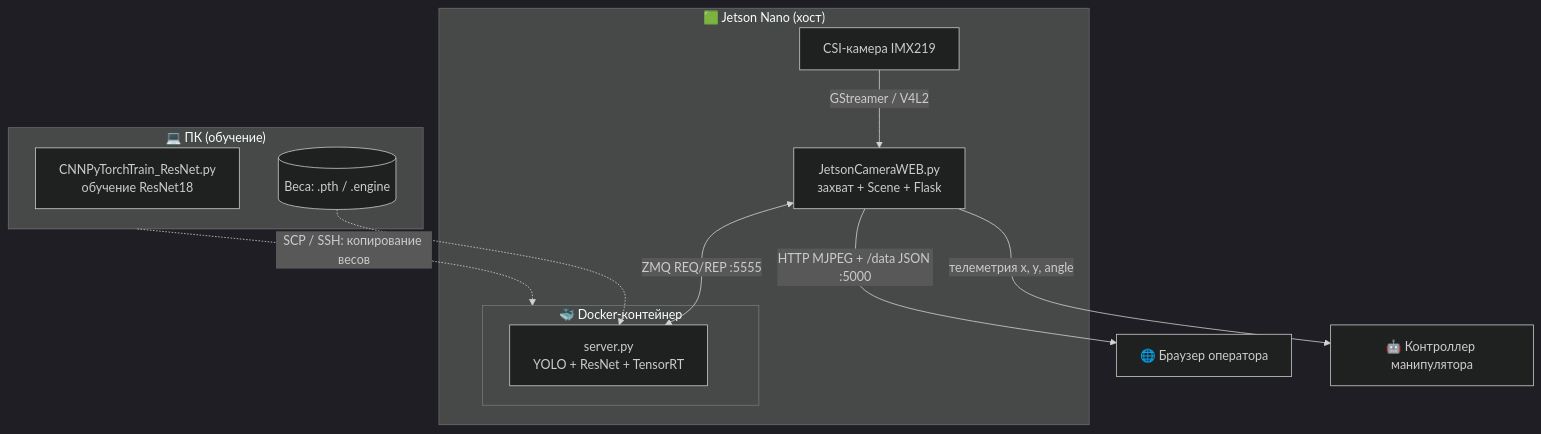
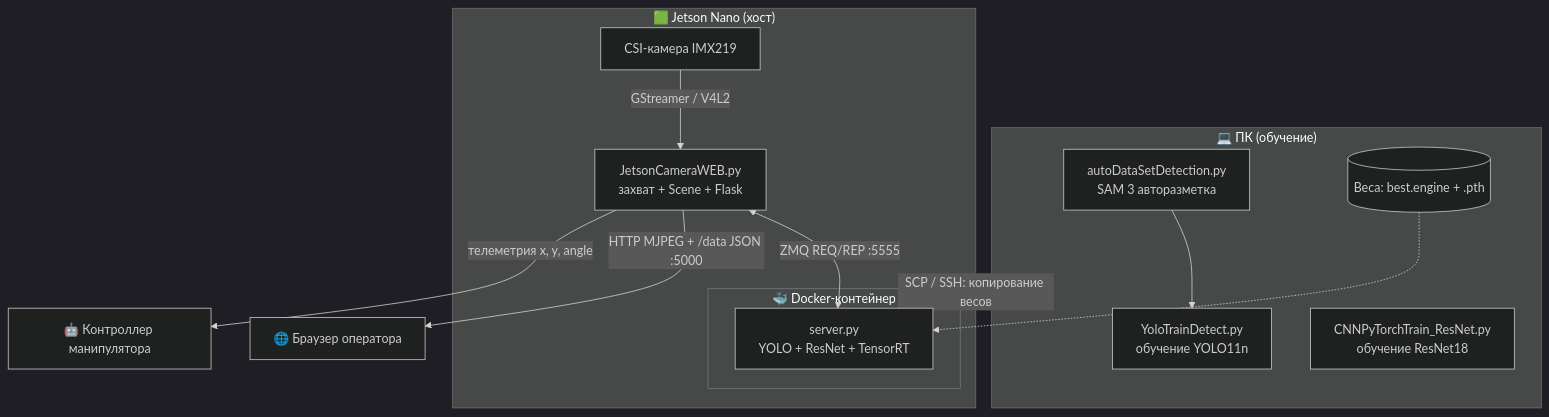
One commit to Pazlik19/YoloVision changed the tenth of 11 diagrams in docs/diagrams.md. Above: the diagram before and after it, drawn with Mermaid (dark theme). The commit also changed other lines of this file and 1 other file, not shown here.

First line of the commit message:
docs: добавлен пайплайн обучения YOLO-детектора в диаграммы

````diff
--- a/docs/diagrams.md
+++ b/docs/diagrams.md
@@ -292,25 +318,28 @@
 ```mermaid
 flowchart TB
     subgraph PC["💻 ПК (обучение)"]
-        TRAINNODE[CNNPyTorchTrain_ResNet.py<br/>обучение ResNet18]
-        WEIGHTS[(Веса: .pth / .engine)]
+        SAMNODE[autoDataSetDetection.py<br/>SAM 3 авторазметка]
+        YOLOTRAIN[YoloTrainDetect.py<br/>обучение YOLO11n]
+        RESTRAIN[CNNPyTorchTrain_ResNet.py<br/>обучение ResNet18]
+        WEIGHTS[(Веса: best.engine + .pth)]
     end
 
     subgraph JETSON["🟩 Jetson Nano (хост)"]
         CAMNODE[CSI-камера IMX219]
         CLIENTNODE[JetsonCameraWEB.py<br/>захват + Scene + Flask]
         subgraph DOCKER["🐳 Docker-контейнер"]
             SERVERNODE[server.py<br/>YOLO + ResNet + TensorRT]
         end
     end
 
     BROWSER[🌐 Браузер оператора]
     ROBOTNODE[🤖 Контроллер манипулятора]
 
+    SAMNODE --> YOLOTRAIN
     CAMNODE -->|GStreamer / V4L2| CLIENTNODE
     CLIENTNODE <-->|ZMQ REQ/REP :5555| SERVERNODE
     PC -.SCP / SSH: копирование весов.-> DOCKER
     WEIGHTS -.-> SERVERNODE
     CLIENTNODE -->|HTTP MJPEG + /data JSON :5000| BROWSER
     CLIENTNODE -->|телеметрия x, y, angle| ROBOTNODE
 ```
````
